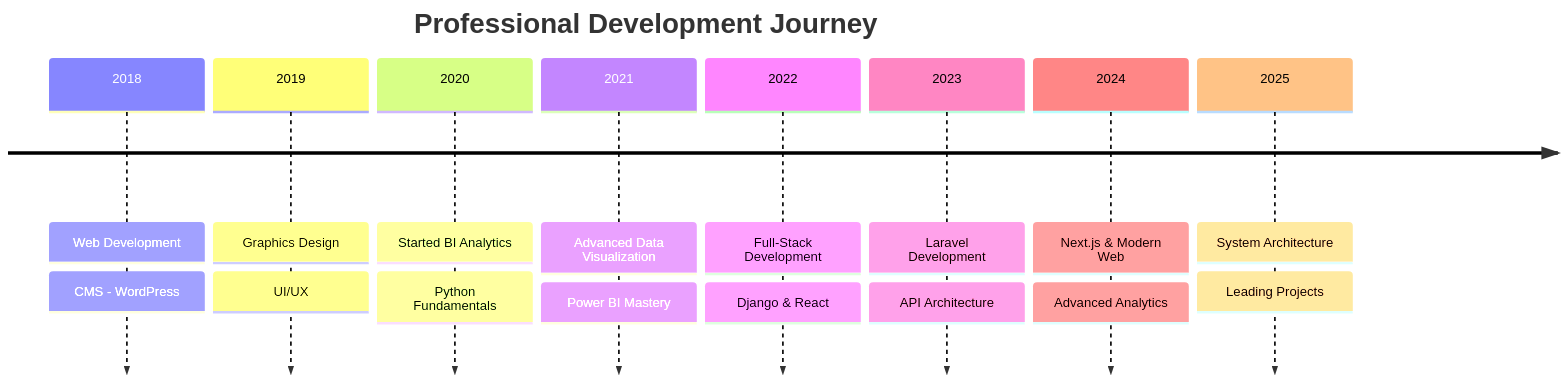
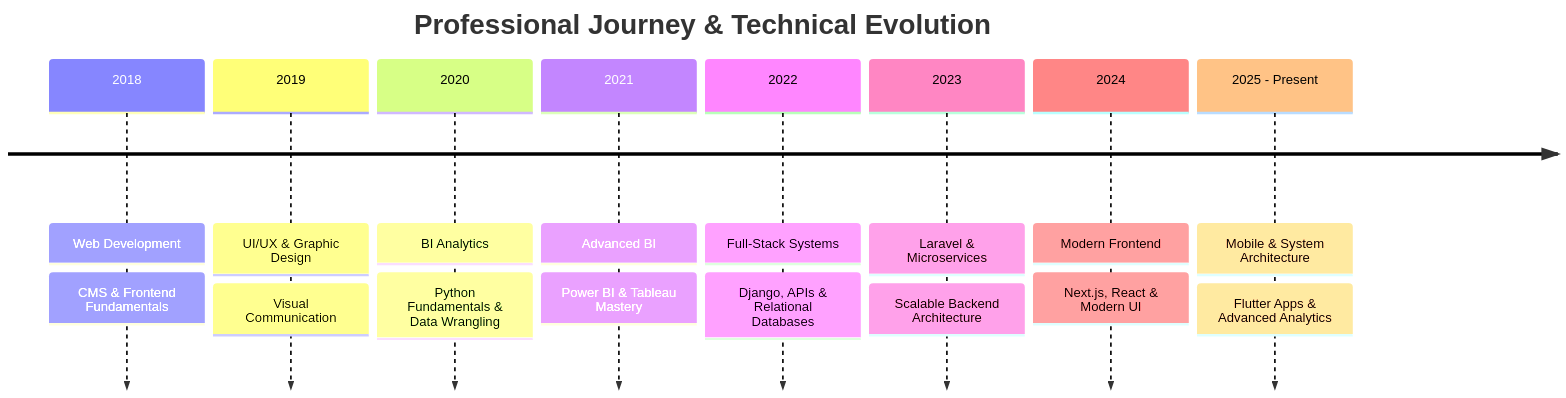
Before and after one commit to stevescilar/stevescilar: the second of 2 diagrams in README.md, drawn with Mermaid. The commit also changed other lines of this file, not shown here.

````diff
--- a/README.md
+++ b/README.md
@@ -228,12 +245,12 @@
 ```mermaid
 timeline
-    title Professional Development Journey
-    2018 : Web Development : CMS - WordPress
-    2019 : Graphics Design : UI/UX
-    2020 : Started BI Analytics : Python Fundamentals
-    2021 : Advanced Data Visualization : Power BI Mastery
-    2022 : Full-Stack Development : Django & React
-    2023 : Laravel Development : API Architecture
-    2024 : Next.js & Modern Web : Advanced Analytics
-    2025 : System Architecture : Leading Projects
+    title Professional Journey & Technical Evolution
+    2018 : Web Development : CMS & Frontend Fundamentals
+    2019 : UI/UX & Graphic Design : Visual Communication
+    2020 : BI Analytics : Python Fundamentals & Data Wrangling
+    2021 : Advanced BI : Power BI & Tableau Mastery
+    2022 : Full-Stack Systems : Django, APIs & Relational Databases
+    2023 : Laravel & Microservices : Scalable Backend Architecture
+    2024 : Modern Frontend : Next.js, React & Modern UI
+    2025 - Present : Mobile & System Architecture : Flutter Apps & Advanced Analytics
 ```
````
